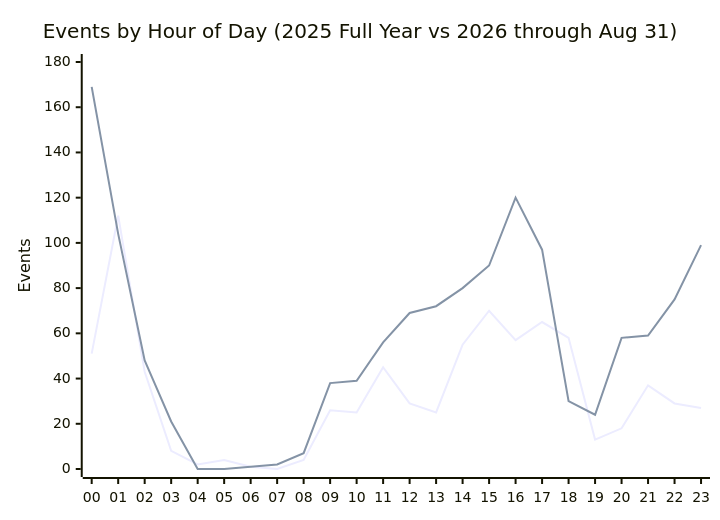
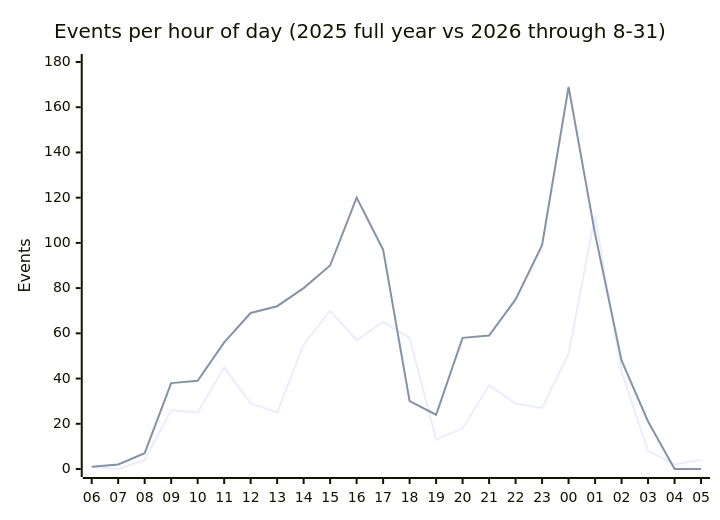
Before and after one commit to SilenWang/silen_blog: the second of 2 diagrams in blog_en/source/_posts/我给AI排了24小时班-把自己排成了值班表.md, drawn with Mermaid. The commit also changed other lines of this file, not shown here.

````diff
--- a/blog_en/source/_posts/我给AI排了24小时班-把自己排成了值班表.md
+++ b/blog_en/source/_posts/我给AI排了24小时班-把自己排成了值班表.md
@@ -66,8 +46,8 @@
 ```mermaid
 xychart-beta
-    title "Events by Hour of Day (2025 Full Year vs 2026 through Aug 31)"
-    x-axis ["00","01","02","03","04","05","06","07","08","09","10","11","12","13","14","15","16","17","18","19","20","21","22","23"]
+    title "Events per hour of day (2025 full year vs 2026 through 8-31)"
+    x-axis ["06","07","08","09","10","11","12","13","14","15","16","17","18","19","20","21","22","23","00","01","02","03","04","05"]
     y-axis "Events" 0 --> 180
-    line [51,112,43,8,2,4,1,0,4,26,25,45,29,25,55,70,57,65,58,13,18,37,29,27]
-    line [169,104,48,21,0,0,1,2,7,38,39,56,69,72,80,90,120,97,30,24,58,59,75,99]
+    line [1,0,4,26,25,45,29,25,55,70,57,65,58,13,18,37,29,27,51,112,43,8,2,4]
+    line [1,2,7,38,39,56,69,72,80,90,120,97,30,24,58,59,75,99,169,104,48,21,0,0]
 ```
````
